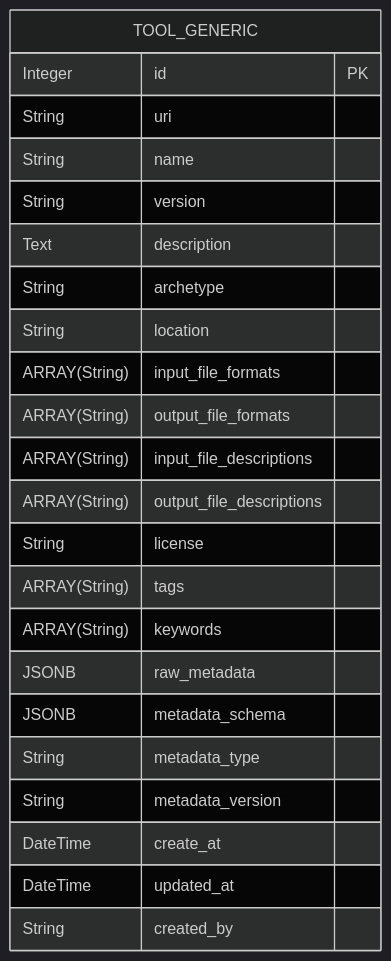
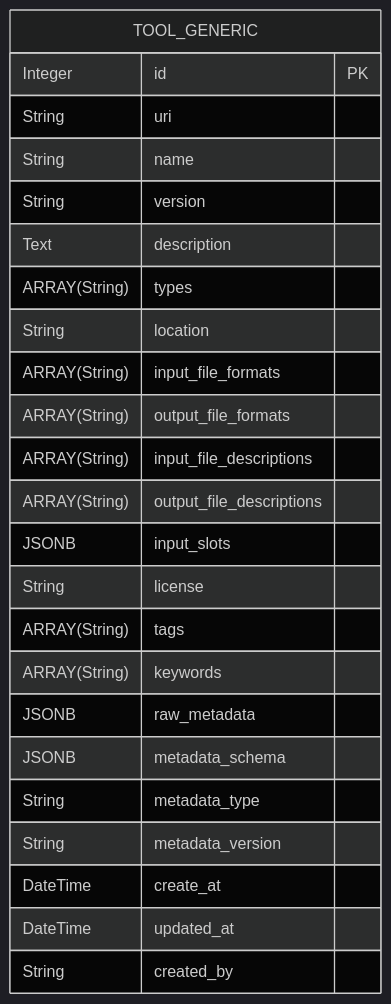
One commit to EOSC-Data-Commons/toolmeta-models changed the diagram in README.md. Above: the diagram before and after it, drawn with Mermaid (dark theme). The commit also changed 1 other file, not shown here.

Commit message:
Added JSONB input_slots

````diff
--- a/README.md
+++ b/README.md
@@ -7,26 +7,27 @@
 ```mermaid
 erDiagram
   TOOL_GENERIC {
     Integer id PK
     String uri
     String name
     String version
     Text description
-    String archetype
+    ARRAY(String) types
     String location
     ARRAY(String) input_file_formats
     ARRAY(String) output_file_formats
     ARRAY(String) input_file_descriptions
     ARRAY(String) output_file_descriptions
+    JSONB input_slots
     String license
     ARRAY(String) tags
     ARRAY(String) keywords
     JSONB raw_metadata
     JSONB metadata_schema
     String metadata_type
     String metadata_version
     DateTime create_at
     DateTime updated_at
     String created_by
   }
 ```
````
